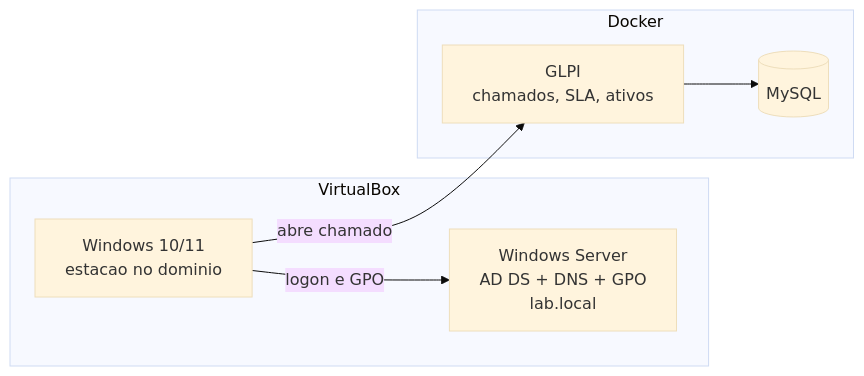
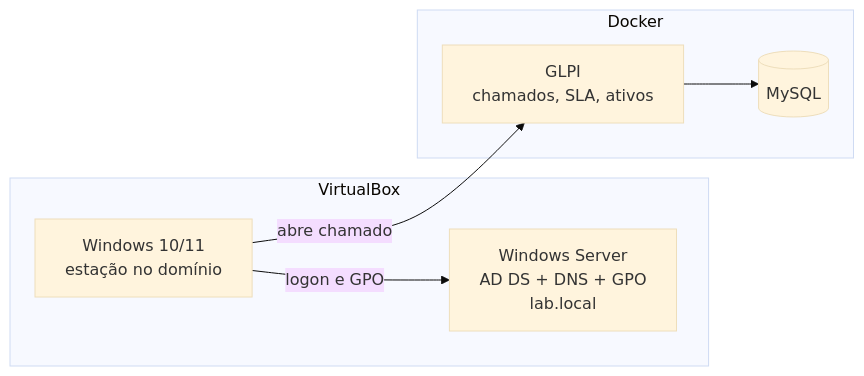
Before and after one commit to MatheusAnsel/suporte-ti-lab: the diagram in README.md, drawn with Mermaid (base theme). The commit also changed other lines of this file, not shown here.

Commit message:
README: acentuacao em portugues e link do portfolio no dominio atual

````diff
--- a/README.md
+++ b/README.md
@@ -16,14 +16,14 @@
 ```mermaid
 flowchart LR
     subgraph VirtualBox
         DC[Windows Server<br/>AD DS + DNS + GPO<br/>lab.local]
-        WS[Windows 10/11<br/>estacao no dominio]
+        WS[Windows 10/11<br/>estação no domínio]
     end
     subgraph Docker
         GLPI[GLPI<br/>chamados, SLA, ativos]
         DB[(MySQL)]
     end
     WS -- logon e GPO --> DC
     WS -- abre chamado --> GLPI
     GLPI --> DB
 ```
````
